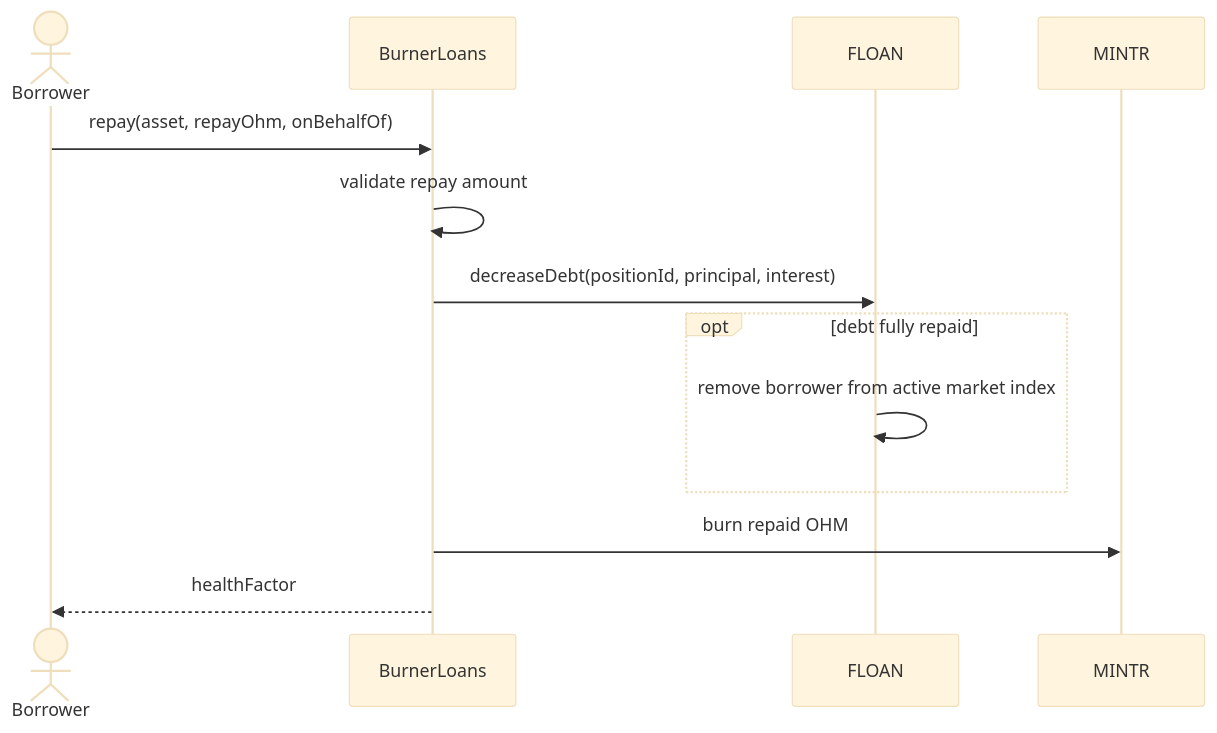
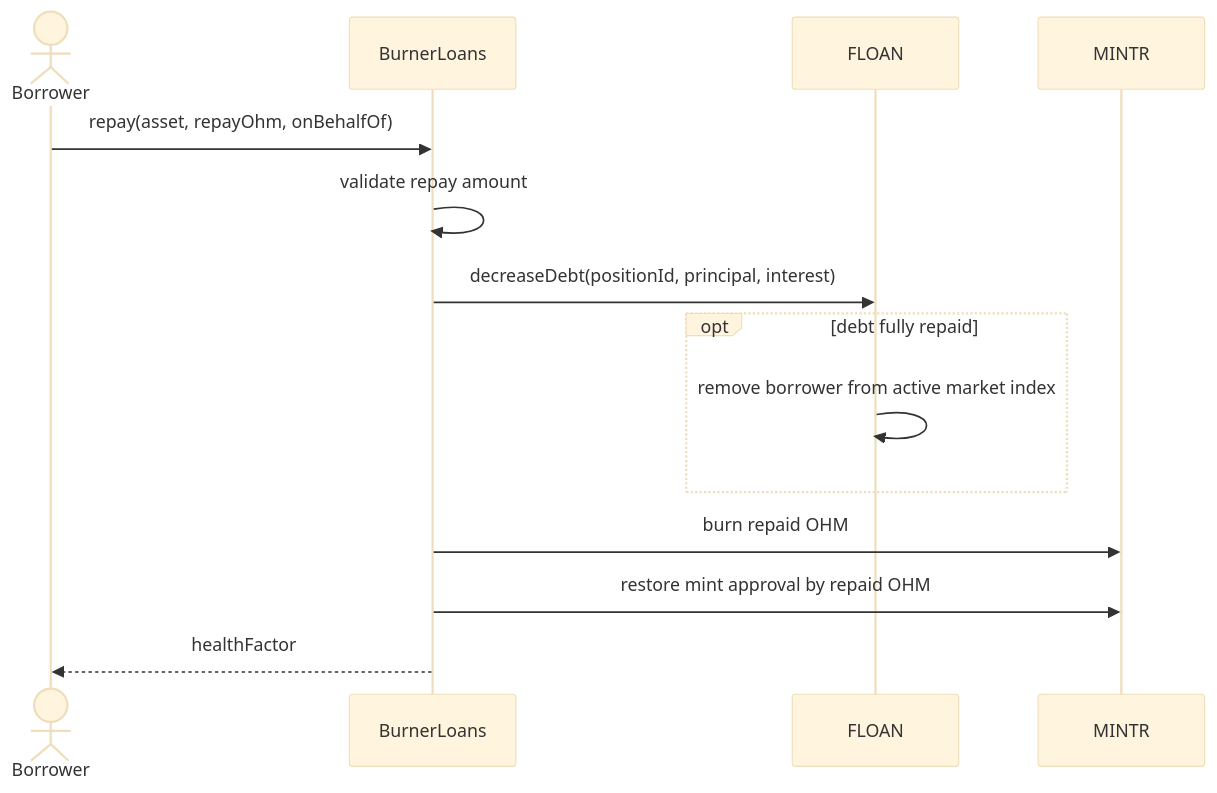
Before and after one commit to OlympusDAO/olympus-v3: the third of 7 diagrams in documentation/burner_loans.md, drawn with Mermaid (base theme). The commit also changed other lines of this file and 111 other files, not shown here.

Commit message:
fix(burner-loans): harden lifecycle invariants and migration

````diff
--- a/documentation/burner_loans.md
+++ b/documentation/burner_loans.md
@@ -115,16 +125,17 @@
 ```mermaid
 sequenceDiagram
     actor Borrower
     participant BurnerLoans
     participant FLOAN
     participant MINTR
 
     Borrower->>BurnerLoans: repay(asset, repayOhm, onBehalfOf)
     BurnerLoans->>BurnerLoans: validate repay amount
     BurnerLoans->>FLOAN: decreaseDebt(positionId, principal, interest)
     opt debt fully repaid
         FLOAN->>FLOAN: remove borrower from active market index
     end
     BurnerLoans->>MINTR: burn repaid OHM
+    BurnerLoans->>MINTR: restore mint approval by repaid OHM
     BurnerLoans-->>Borrower: healthFactor
 ```
````
